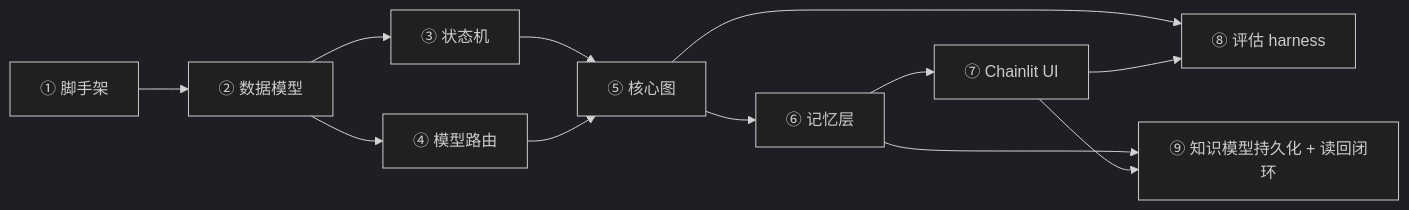
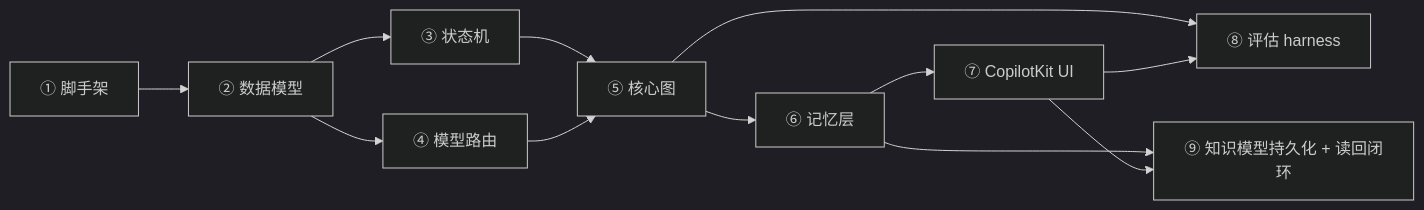
Before and after one commit to b1tzer/cognia: the diagram in docs/tasks.md, drawn with Mermaid (dark theme). The commit also changed other lines of this file and 16 other files, not shown here.

````diff
--- a/docs/tasks.md
+++ b/docs/tasks.md
@@ -15,14 +15,14 @@
 ```mermaid
 flowchart LR
     T1[① 脚手架] --> T2[② 数据模型]
     T2 --> T3[③ 状态机]
     T2 --> T4[④ 模型路由]
     T3 --> T5[⑤ 核心图]
     T4 --> T5
     T5 --> T6[⑥ 记忆层]
-    T6 --> T7[⑦ Chainlit UI]
+    T6 --> T7[⑦ CopilotKit UI]
     T5 --> T8[⑧ 评估 harness]
     T7 --> T8
     T6 --> T9[⑨ 知识模型持久化 + 读回闭环]
     T7 --> T9
 ```
````
